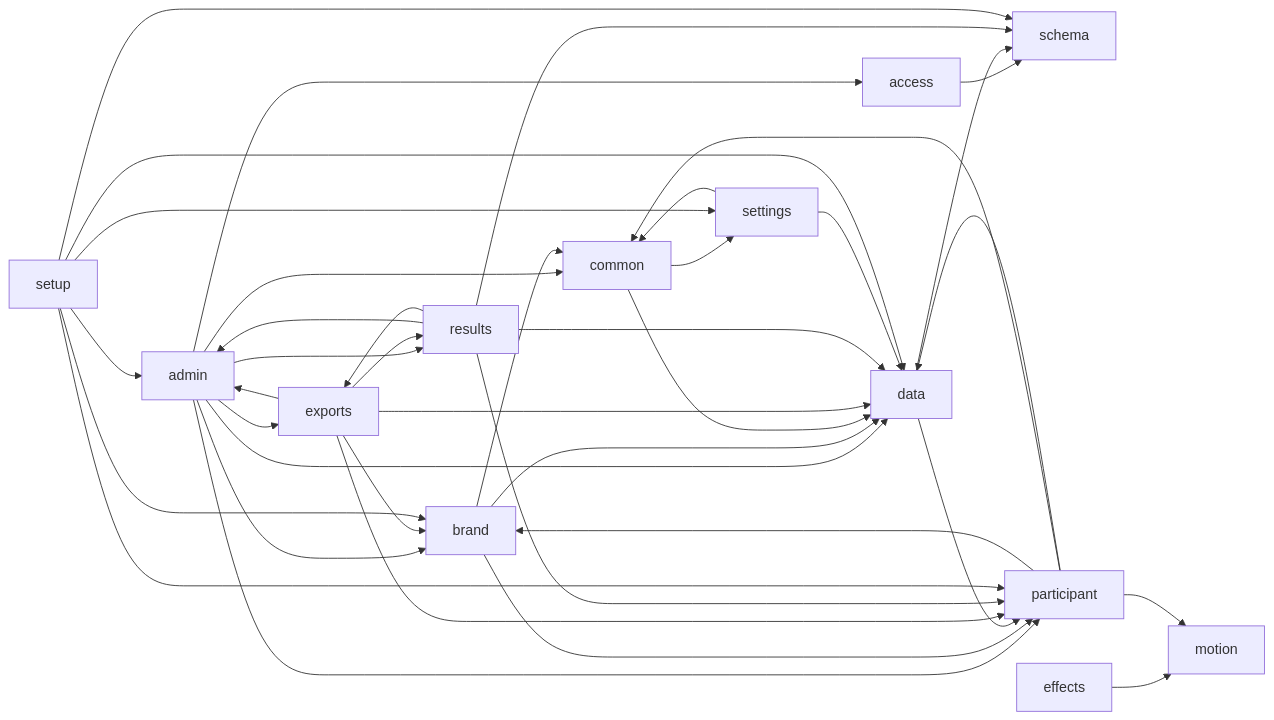
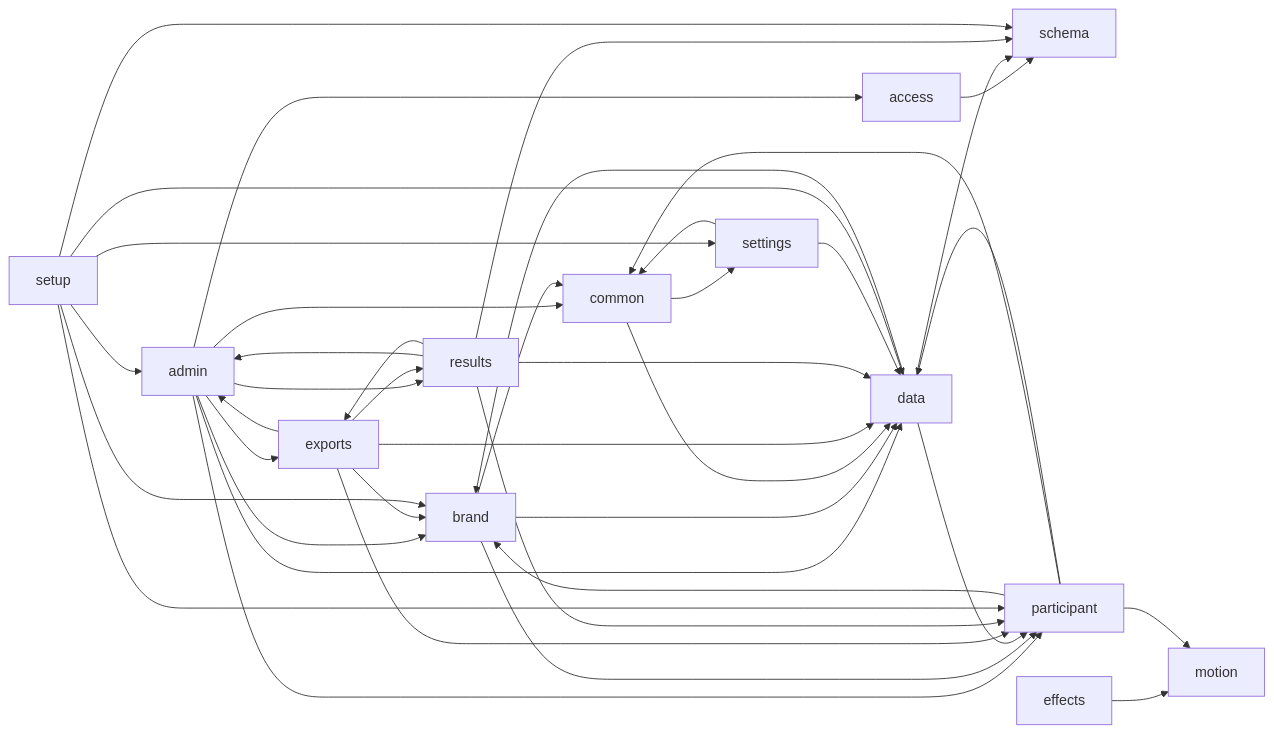
Before and after one commit to satyagames/pursuit-managed-services: the diagram in docs/MODULES.md, drawn with Mermaid. The commit also changed other lines of this file and 31 other files, not shown here.

````diff
--- a/docs/MODULES.md
+++ b/docs/MODULES.md
@@ -14,41 +14,42 @@
 ```mermaid
 flowchart LR
   access --> schema
   admin --> access
   admin --> brand
   admin --> common
   admin --> data
   admin --> exports
   admin --> participant
   admin --> results
   brand --> common
   brand --> data
   brand --> participant
   common --> data
   common --> settings
+  data --> brand
   data --> participant
   data --> schema
   effects --> motion
   exports --> admin
   exports --> brand
   exports --> data
   exports --> participant
   exports --> results
   participant --> brand
   participant --> common
   participant --> data
   participant --> motion
   results --> admin
   results --> data
   results --> exports
   results --> participant
   results --> schema
   settings --> common
   settings --> data
   setup --> admin
   setup --> brand
   setup --> data
   setup --> participant
   setup --> schema
   setup --> settings
 ```
````
